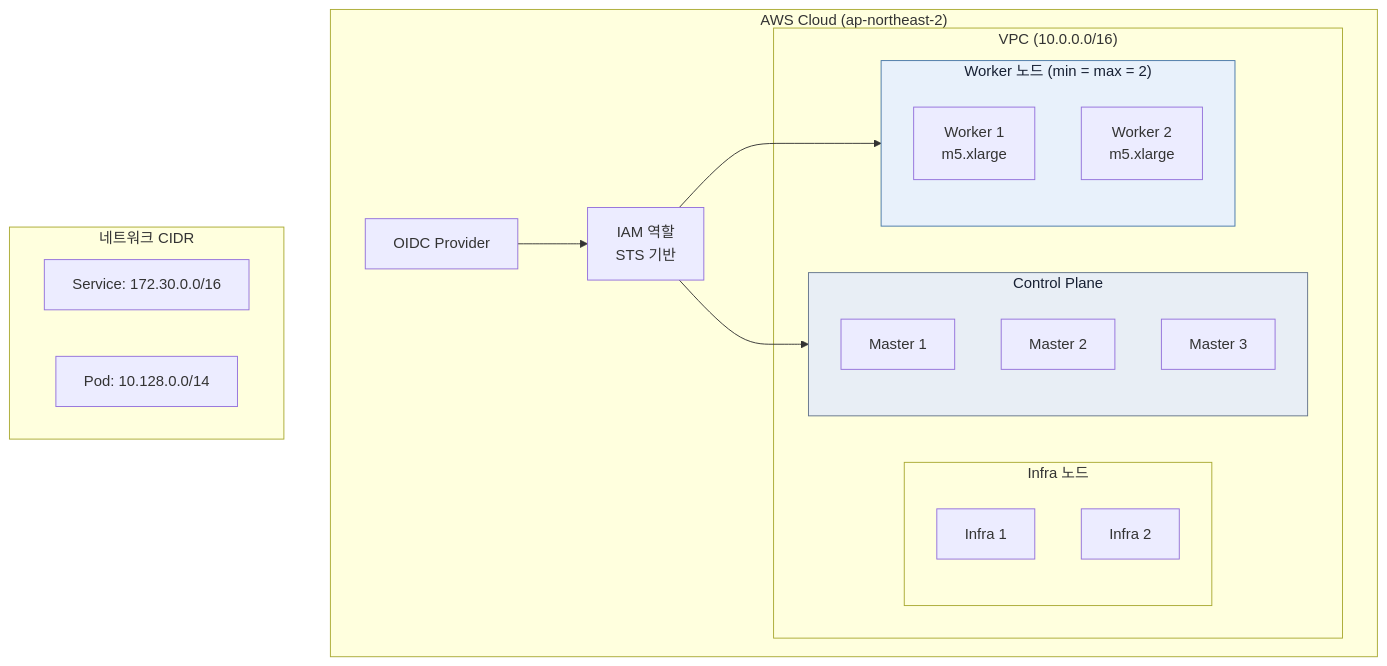
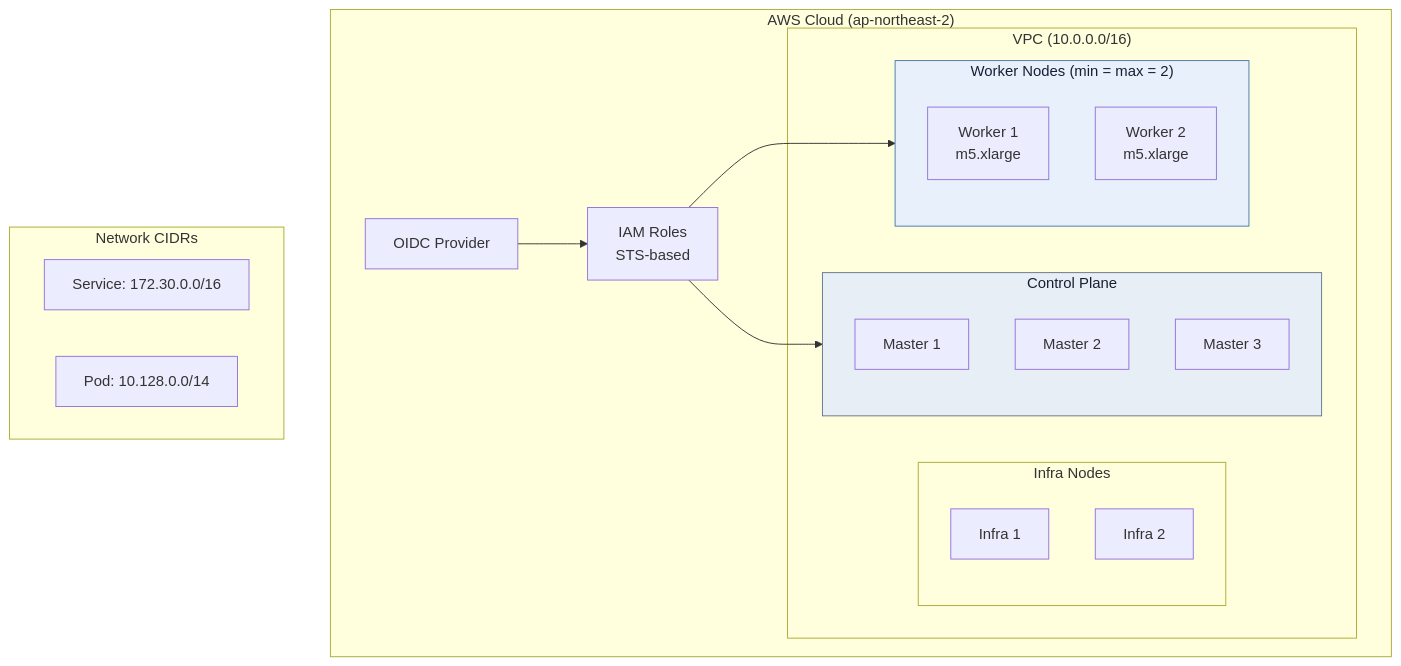
Before and after one commit to devfloor9/engineering-playbook: the diagram in docs/rosa/rosa-demo-installation.md, drawn with Mermaid. The commit also changed other lines of this file and 954 other files, not shown here.

````diff
--- a/docs/rosa/rosa-demo-installation.md
+++ b/docs/rosa/rosa-demo-installation.md
@@ -206,34 +206,34 @@
 ```mermaid
 graph TB
     subgraph AWS["AWS Cloud (ap-northeast-2)"]
         subgraph VPC["VPC (10.0.0.0/16)"]
             subgraph CP["Control Plane"]
                 M1[Master 1]
                 M2[Master 2]
                 M3[Master 3]
             end
-            subgraph Infra["Infra 노드"]
+            subgraph Infra["Infra Nodes"]
                 I1[Infra 1]
                 I2[Infra 2]
             end
-            subgraph Workers["Worker 노드 (min = max = 2)"]
+            subgraph Workers["Worker Nodes (min = max = 2)"]
                 W1[Worker 1<br/>m5.xlarge]
                 W2[Worker 2<br/>m5.xlarge]
             end
         end
-        IAM[IAM 역할<br/>STS 기반]
+        IAM[IAM Roles<br/>STS-based]
         OIDC[OIDC Provider]
     end
 
-    subgraph Network["네트워크 CIDR"]
+    subgraph Network["Network CIDRs"]
         SC["Service: 172.30.0.0/16"]
         PC["Pod: 10.128.0.0/14"]
     end
 
     IAM --> CP
     IAM --> Workers
     OIDC --> IAM
 
     style CP fill:#e8eef5,stroke:#64748b,color:#172033
     style Workers fill:#e8f1fb,stroke:#4777a8,color:#172033
 ```
````
